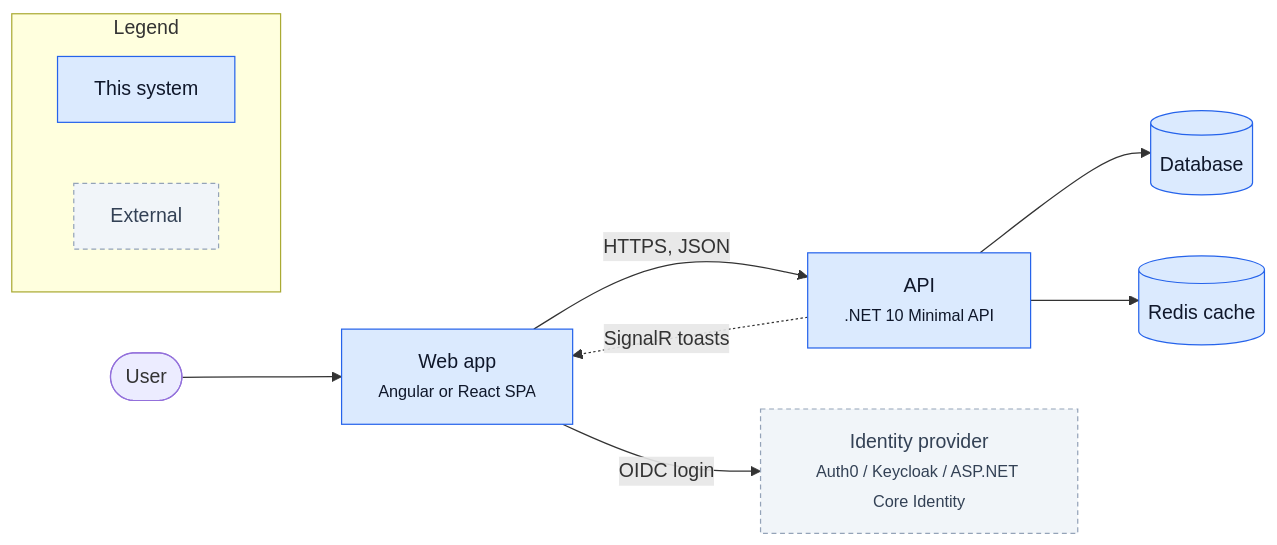
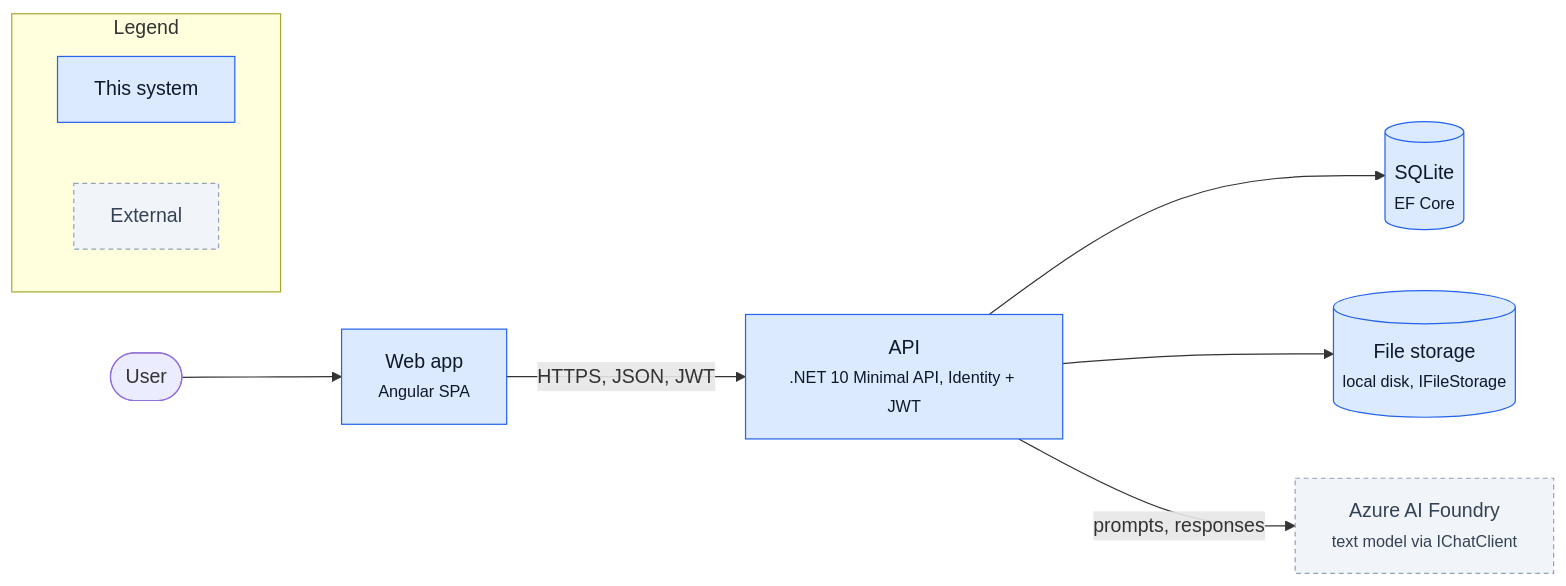
The diagram in docs/diagrams/containers.mmd (sushovan-code/Ai-Sdlc), drawn with Mermaid before and after one commit. The commit also changed 6 other files, not shown here.

```diff
--- a/docs/diagrams/containers.mmd
+++ b/docs/diagrams/containers.mmd
@@ -1,25 +1,24 @@
 %% Container view. Claude rewrites this from the code via /update-diagrams.
 %% Accent (#2563EB) marks this system's own containers; grey is everything else.
 flowchart LR
   classDef ours fill:#DBEAFE,stroke:#2563EB,color:#0F172A
   classDef ext fill:#F1F5F9,stroke:#94A3B8,color:#334155,stroke-dasharray:4 3
 
   user([User])
-  web[Web app<br/><small>Angular or React SPA</small>]:::ours
-  api[API<br/><small>.NET 10 Minimal API</small>]:::ours
-  db[(Database)]:::ours
-  cache[(Redis cache)]:::ours
-  idp[Identity provider<br/><small>Auth0 / Keycloak / ASP.NET Core Identity</small>]:::ext
+  web[Web app<br/><small>Angular SPA</small>]:::ours
+  api[API<br/><small>.NET 10 Minimal API, Identity + JWT</small>]:::ours
+  db[(SQLite<br/><small>EF Core</small>)]:::ours
+  files[(File storage<br/><small>local disk, IFileStorage</small>)]:::ours
+  ai[Azure AI Foundry<br/><small>text model via IChatClient</small>]:::ext
 
   user --> web
-  web -->|HTTPS, JSON| api
-  web -->|OIDC login| idp
+  web -->|HTTPS, JSON, JWT| api
   api --> db
-  api --> cache
-  api -. SignalR toasts .-> web
+  api --> files
+  api -->|prompts, responses| ai
 
   subgraph Legend
     direction LR
     l1[This system]:::ours
     l2[External]:::ext
   end
```
